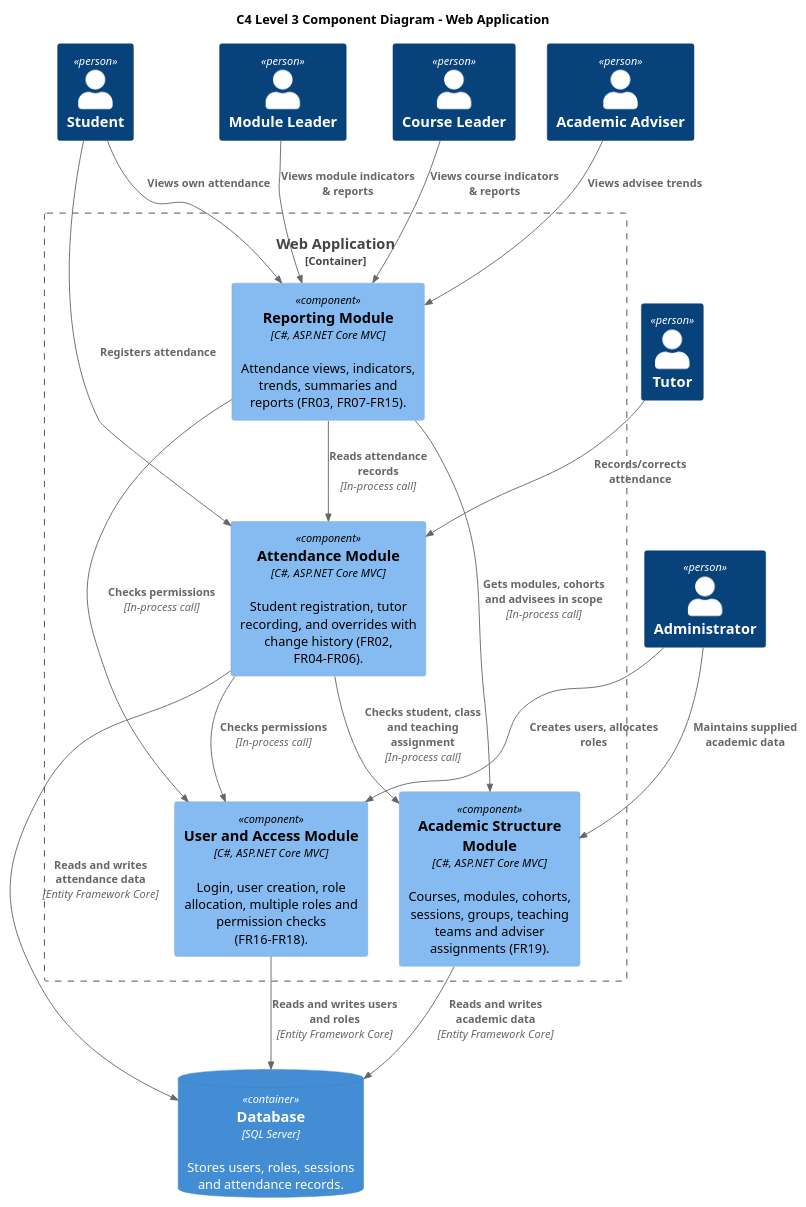
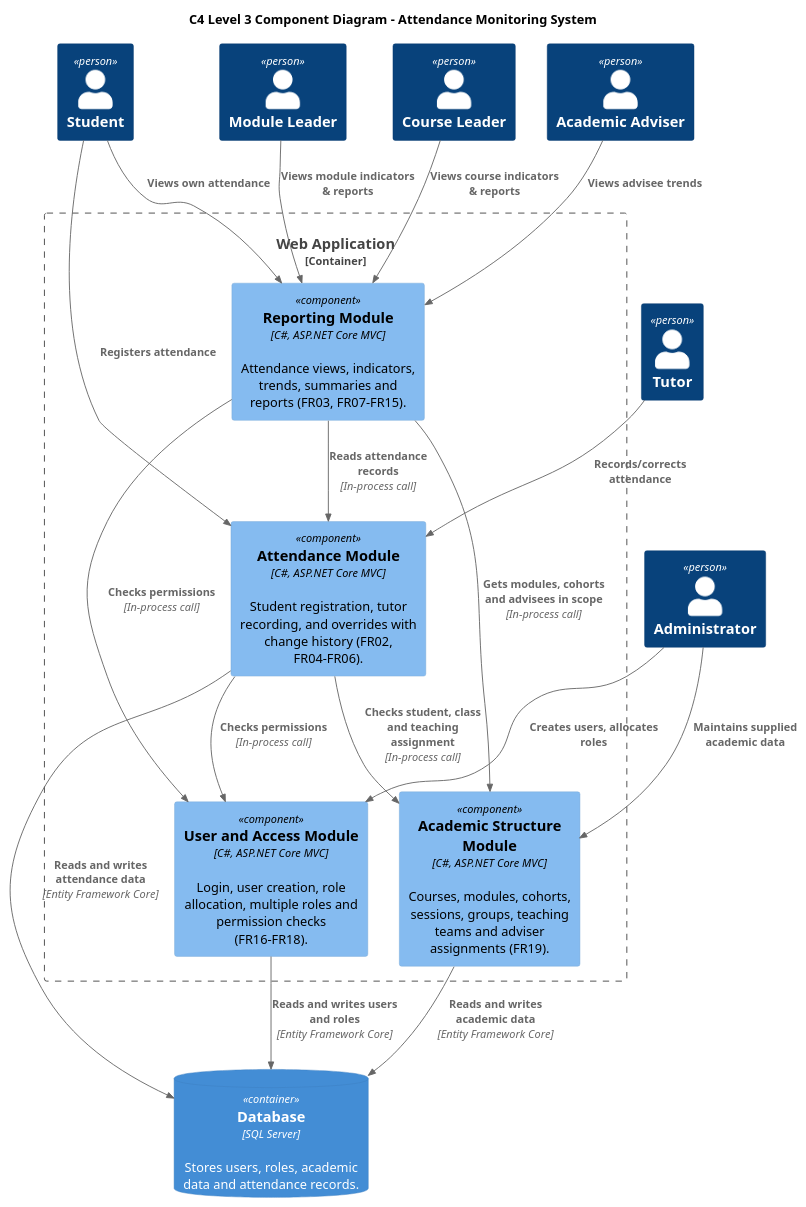
One commit to Shelly855/attendance-monitoring-copy changed the diagram in diagrams/c4-level3-diagram.puml. Above: the diagram before and after it, drawn with PlantUML. The commit also changed 6 other files, not shown here.

Commit message:
c4 diagrams

```diff
--- a/diagrams/c4-level3-diagram.puml
+++ b/diagrams/c4-level3-diagram.puml
@@ -1,39 +1,39 @@
 @startuml AttendanceMonitoringSystemC4L3
-title C4 Level 3 Component Diagram – Web Application
+title C4 Level 3 Component Diagram – Attendance Monitoring System
 !include https://raw.githubusercontent.com/plantuml-stdlib/C4-PlantUML/master/C4_Component.puml
 
 Person(student, "Student")
 Person(tutor, "Tutor")
 Person(moduleLeader, "Module Leader")
 Person(courseLeader, "Course Leader")
 Person(adviser, "Academic Adviser")
 Person(admin, "Administrator")
 
 Container_Boundary(web, "Web Application") {
     Component(attendance, "Attendance Module", "C#, ASP.NET Core MVC", "Student registration, tutor recording, and overrides with change history (FR02, FR04-FR06).")
     Component(reporting, "Reporting Module", "C#, ASP.NET Core MVC", "Attendance views, indicators, trends, summaries and reports (FR03, FR07-FR15).")
     Component(access, "User and Access Module", "C#, ASP.NET Core MVC", "Login, user creation, role allocation, multiple roles and permission checks (FR16-FR18).")
     Component(academic, "Academic Structure Module", "C#, ASP.NET Core MVC", "Courses, modules, cohorts, sessions, groups, teaching teams and adviser assignments (FR19).")
 }
 
-ContainerDb(db, "Database", "SQL Server", "Stores users, roles, sessions and attendance records.")
+ContainerDb(db, "Database", "SQL Server", "Stores users, roles, academic data and attendance records.")
 
 Rel(student, attendance, "Registers attendance")
 Rel(student, reporting, "Views own attendance")
 Rel(tutor, attendance, "Records/corrects attendance")
 Rel(moduleLeader, reporting, "Views module indicators & reports")
 Rel(courseLeader, reporting, "Views course indicators & reports")
 Rel(adviser, reporting, "Views advisee trends")
 Rel(admin, access, "Creates users, allocates roles")
 Rel(admin, academic, "Maintains supplied academic data")
 
 Rel(attendance, academic, "Checks student, class and teaching assignment", "In-process call")
 Rel(attendance, access, "Checks permissions", "In-process call")
 Rel(reporting, attendance, "Reads attendance records", "In-process call")
 Rel(reporting, academic, "Gets modules, cohorts and advisees in scope", "In-process call")
 Rel(reporting, access, "Checks permissions", "In-process call")
 
 Rel(attendance, db, "Reads and writes attendance data", "Entity Framework Core")
 Rel(access, db, "Reads and writes users and roles", "Entity Framework Core")
 Rel(academic, db, "Reads and writes academic data", "Entity Framework Core")
 @enduml
```
